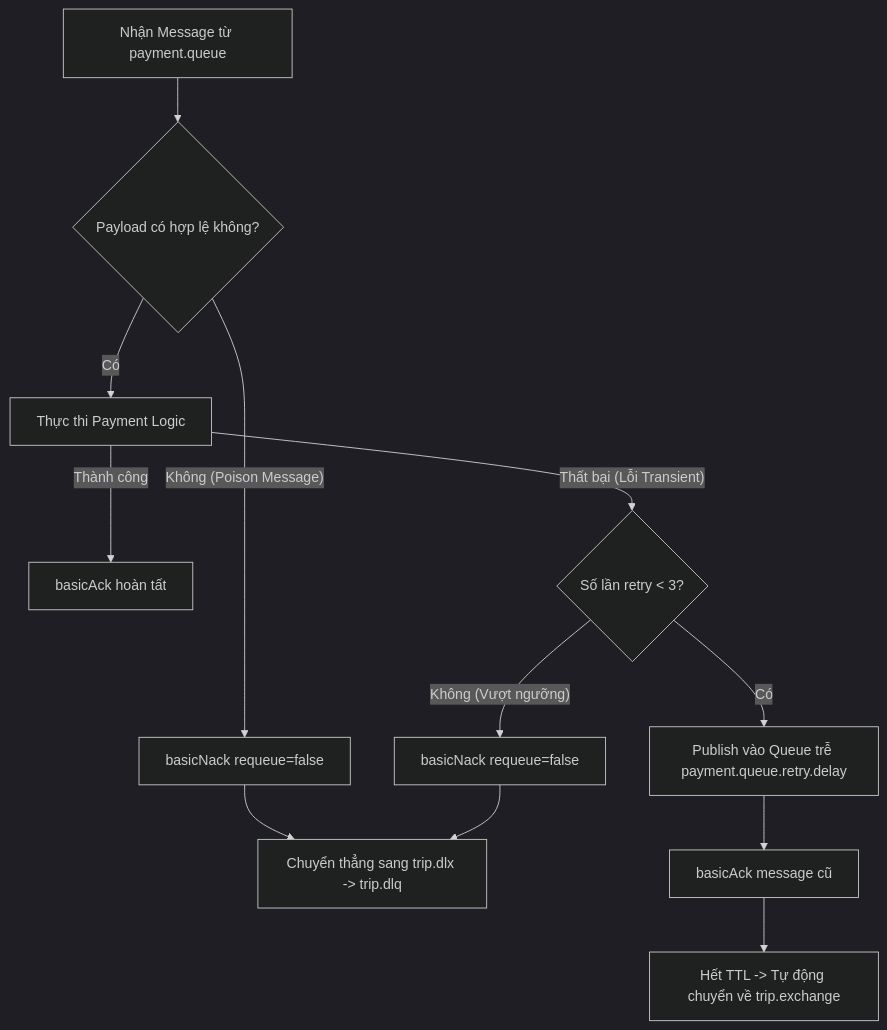
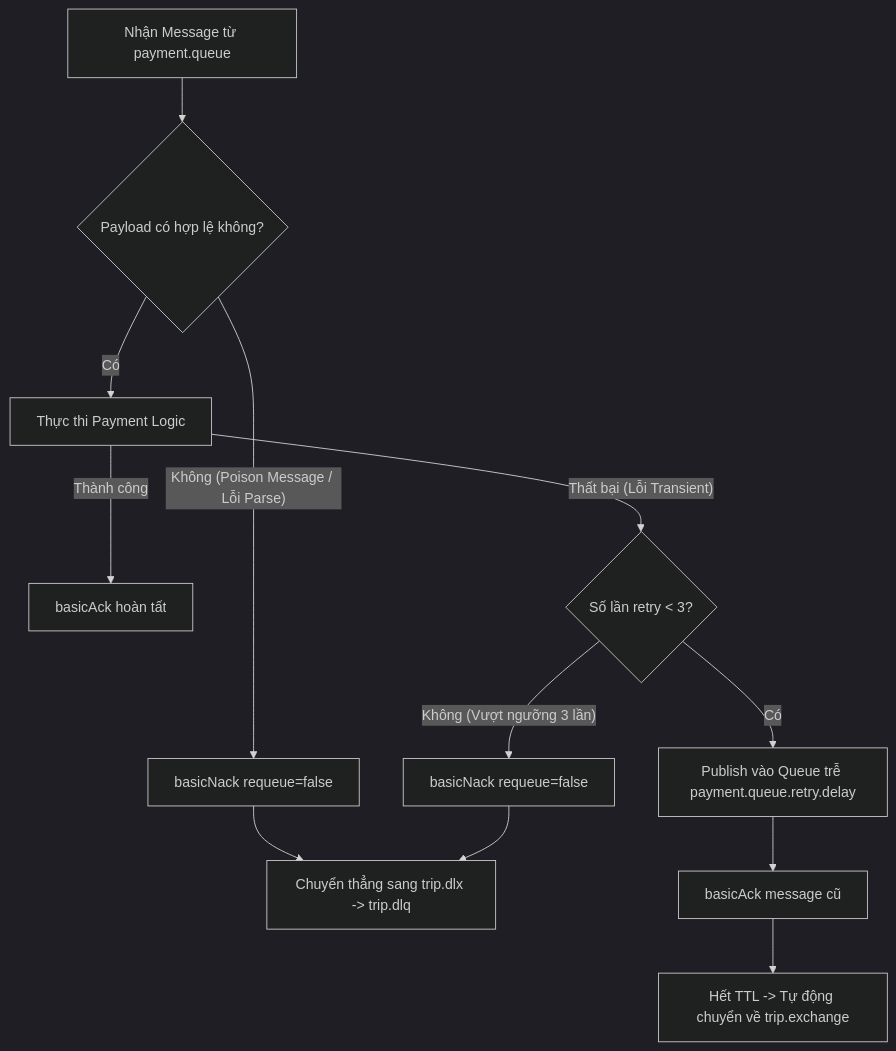
Before and after one commit to DarkBre/Ride-Hailing: the diagram in docs/REPORT_TV3_CHAPTERS_10_14.md, drawn with Mermaid (dark theme). The commit also changed other lines of this file and 10 other files, not shown here.

````diff
--- a/docs/REPORT_TV3_CHAPTERS_10_14.md
+++ b/docs/REPORT_TV3_CHAPTERS_10_14.md
@@ -76,14 +76,14 @@
 ```mermaid
 flowchart TD
     A[Nhận Message từ payment.queue] --> B{Payload có hợp lệ không?}
-    B -- Không (Poison Message) --> C[basicNack requeue=false]
+    B -- Không (Poison Message / Lỗi Parse) --> C[basicNack requeue=false]
     C --> D[Chuyển thẳng sang trip.dlx -> trip.dlq]
     B -- Có --> E[Thực thi Payment Logic]
     E -- Thành công --> F[basicAck hoàn tất]
     E -- Thất bại (Lỗi Transient) --> G{Số lần retry < 3?}
     G -- Có --> H[Publish vào Queue trễ payment.queue.retry.delay]
     H --> I[basicAck message cũ]
     I --> J[Hết TTL -> Tự động chuyển về trip.exchange]
-    G -- Không (Vượt ngưỡng) --> K[basicNack requeue=false]
+    G -- Không (Vượt ngưỡng 3 lần) --> K[basicNack requeue=false]
     K --> D
 ```
````
